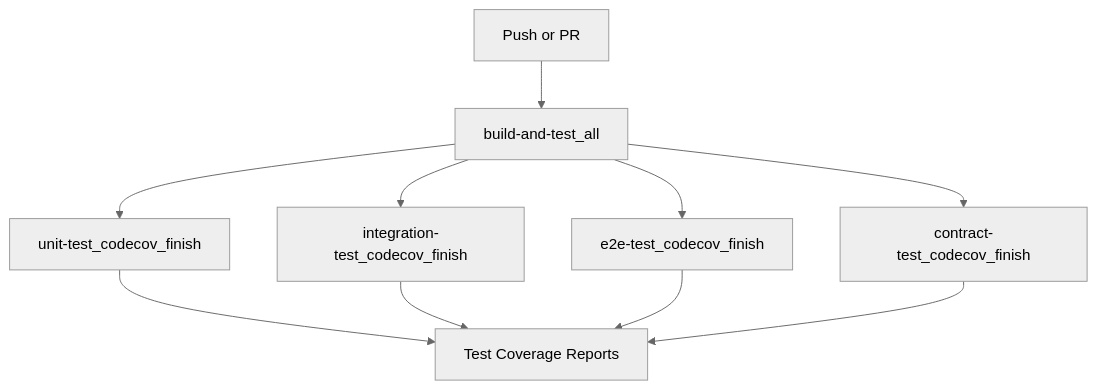
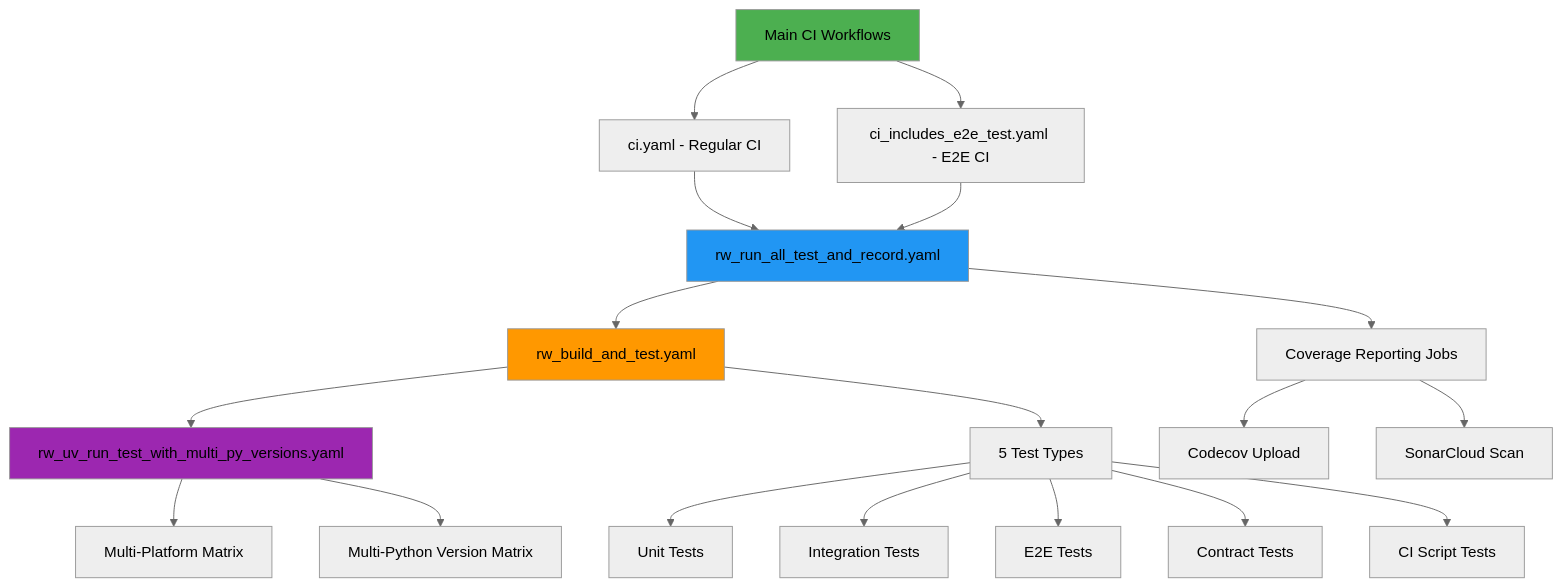
One commit to Chisanan232/Template-Python-UV-Project changed the diagram in docs_with_docusarus/contents/development/ci-cd/continuous-integration.mdx. Above: the diagram before and after it, drawn with Mermaid (neutral theme). The commit also changed other lines of this file, not shown here.

````diff
--- a/docs_with_docusarus/contents/development/ci-cd/continuous-integration.mdx
+++ b/docs_with_docusarus/contents/development/ci-cd/continuous-integration.mdx
@@ -31,9 +28,31 @@
 ```mermaid
 graph TD
-    A[Push or PR] --> B[build-and-test_all]
-    B --> C[unit-test_codecov_finish]
-    B --> D[integration-test_codecov_finish]
-    B --> E[e2e-test_codecov_finish]
-    B --> F[contract-test_codecov_finish]
-    C & D & E & F --> G[Test Coverage Reports]
+    A[Main CI Workflows] --> B[ci.yaml - Regular CI]
+    A --> C[ci_includes_e2e_test.yaml - E2E CI]
+    
+    B --> D[rw_run_all_test_and_record.yaml]
+    C --> D
+    
+    D --> E[rw_build_and_test.yaml]
+    D --> F[Coverage Reporting Jobs]
+    
+    E --> G[rw_uv_run_test_with_multi_py_versions.yaml]
+    E --> H[5 Test Types]
+    
+    G --> I[Multi-Platform Matrix]
+    G --> J[Multi-Python Version Matrix]
+    
+    H --> K[Unit Tests]
+    H --> L[Integration Tests] 
+    H --> M[E2E Tests]
+    H --> N[Contract Tests]
+    H --> O[CI Script Tests]
+    
+    F --> P[Codecov Upload]
+    F --> Q[SonarCloud Scan]
+    
+    style A fill:#4CAF50
+    style D fill:#2196F3
+    style E fill:#FF9800
+    style G fill:#9C27B0
 ```
````
